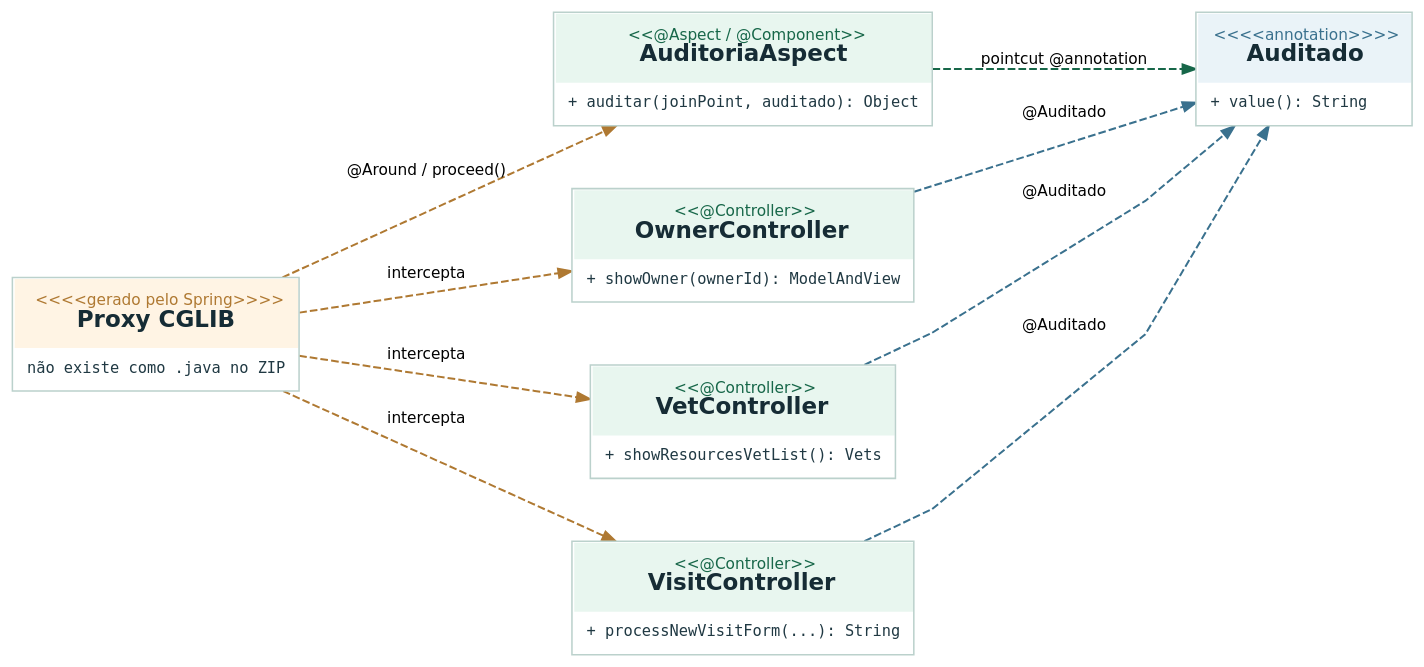
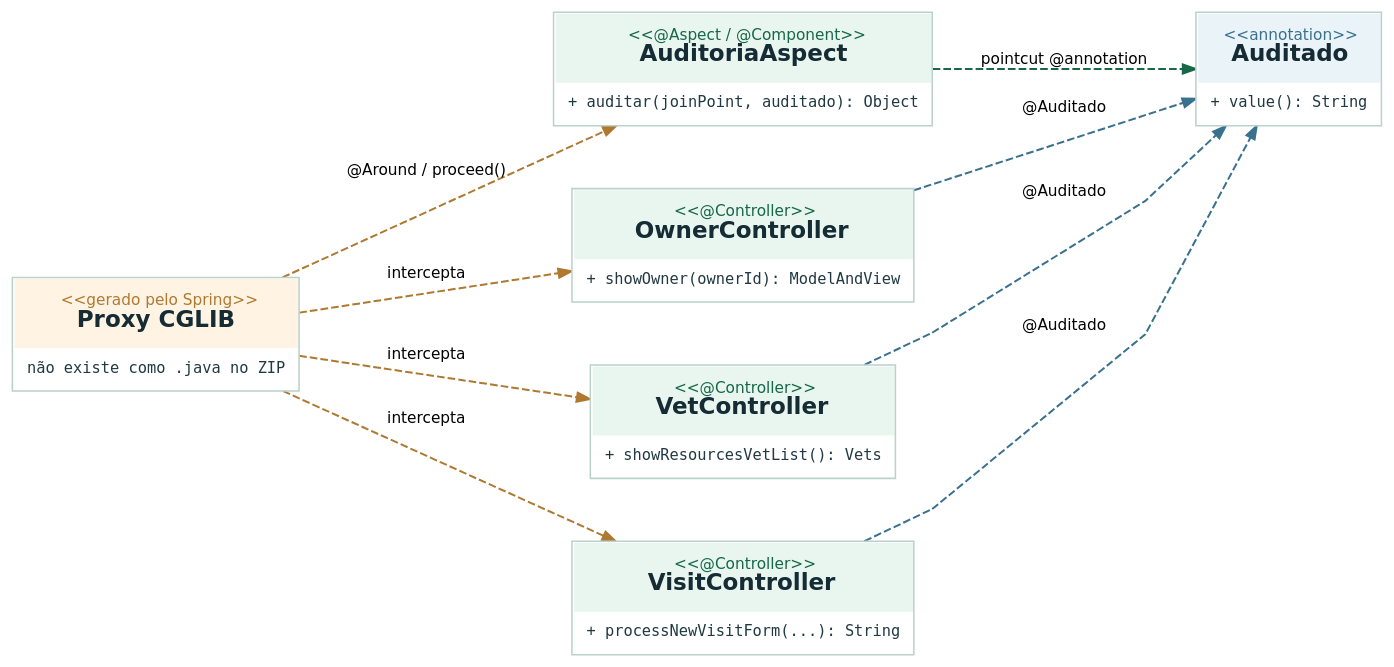
Before and after one commit to GabrielKayran/spring-petclinic: the diagram in docs/uml/dot/07_classes_aop.dot, drawn with Graphviz. The commit also changed 24 other files, not shown here.

First line of the commit message:
UML: diagrama de produção (Render + Neon) e correções nos diagramas

```diff
--- a/docs/uml/dot/07_classes_aop.dot
+++ b/docs/uml/dot/07_classes_aop.dot
@@ -1,20 +1,20 @@
 digraph G {
   graph [rankdir=LR, bgcolor="transparent", pad="0.32", nodesep=.57, ranksep=.92, splines=polyline, outputorder=edgesfirst, fontname="DejaVu Sans", fontsize=12];
   node [shape=plain, fontname="DejaVu Sans"];
   edge [color="#5C7280", fontname="DejaVu Sans", fontsize=10, arrowsize=.85, penwidth=1.3];
-  Ann [label=<<TABLE BORDER="1" CELLBORDER="0" CELLSPACING="0" CELLPADDING="1" COLOR="#BBD1CC" BGCOLOR="#FFFFFF"><TR><TD BGCOLOR="#EAF3F8" CELLPADDING="10" ALIGN="CENTER"><FONT FACE="DejaVu Sans" COLOR="#3A718E" POINT-SIZE="10">&lt;&lt;&lt;&lt;annotation&gt;&gt;&gt;&gt;</FONT><BR/><FONT FACE="DejaVu Sans" COLOR="#162C35" POINT-SIZE="15"><B>Auditado</B></FONT></TD></TR><TR><TD ALIGN="LEFT" CELLPADDING="8"><FONT FACE="DejaVu Sans Mono" POINT-SIZE="10" COLOR="#203943">+ value(): String</FONT></TD></TR></TABLE>>];
+  Ann [label=<<TABLE BORDER="1" CELLBORDER="0" CELLSPACING="0" CELLPADDING="1" COLOR="#BBD1CC" BGCOLOR="#FFFFFF"><TR><TD BGCOLOR="#EAF3F8" CELLPADDING="10" ALIGN="CENTER"><FONT FACE="DejaVu Sans" COLOR="#3A718E" POINT-SIZE="10">&lt;&lt;annotation&gt;&gt;</FONT><BR/><FONT FACE="DejaVu Sans" COLOR="#162C35" POINT-SIZE="15"><B>Auditado</B></FONT></TD></TR><TR><TD ALIGN="LEFT" CELLPADDING="8"><FONT FACE="DejaVu Sans Mono" POINT-SIZE="10" COLOR="#203943">+ value(): String</FONT></TD></TR></TABLE>>];
   Asp [label=<<TABLE BORDER="1" CELLBORDER="0" CELLSPACING="0" CELLPADDING="1" COLOR="#BBD1CC" BGCOLOR="#FFFFFF"><TR><TD BGCOLOR="#E8F6EF" CELLPADDING="10" ALIGN="CENTER"><FONT FACE="DejaVu Sans" COLOR="#176749" POINT-SIZE="10">&lt;&lt;@Aspect / @Component&gt;&gt;</FONT><BR/><FONT FACE="DejaVu Sans" COLOR="#162C35" POINT-SIZE="15"><B>AuditoriaAspect</B></FONT></TD></TR><TR><TD ALIGN="LEFT" CELLPADDING="8"><FONT FACE="DejaVu Sans Mono" POINT-SIZE="10" COLOR="#203943">+ auditar(joinPoint, auditado): Object</FONT></TD></TR></TABLE>>];
   OwnerC [label=<<TABLE BORDER="1" CELLBORDER="0" CELLSPACING="0" CELLPADDING="1" COLOR="#BBD1CC" BGCOLOR="#FFFFFF"><TR><TD BGCOLOR="#E8F6EF" CELLPADDING="10" ALIGN="CENTER"><FONT FACE="DejaVu Sans" COLOR="#176749" POINT-SIZE="10">&lt;&lt;@Controller&gt;&gt;</FONT><BR/><FONT FACE="DejaVu Sans" COLOR="#162C35" POINT-SIZE="15"><B>OwnerController</B></FONT></TD></TR><TR><TD ALIGN="LEFT" CELLPADDING="8"><FONT FACE="DejaVu Sans Mono" POINT-SIZE="10" COLOR="#203943">+ showOwner(ownerId): ModelAndView</FONT></TD></TR></TABLE>>];
   VetC [label=<<TABLE BORDER="1" CELLBORDER="0" CELLSPACING="0" CELLPADDING="1" COLOR="#BBD1CC" BGCOLOR="#FFFFFF"><TR><TD BGCOLOR="#E8F6EF" CELLPADDING="10" ALIGN="CENTER"><FONT FACE="DejaVu Sans" COLOR="#176749" POINT-SIZE="10">&lt;&lt;@Controller&gt;&gt;</FONT><BR/><FONT FACE="DejaVu Sans" COLOR="#162C35" POINT-SIZE="15"><B>VetController</B></FONT></TD></TR><TR><TD ALIGN="LEFT" CELLPADDING="8"><FONT FACE="DejaVu Sans Mono" POINT-SIZE="10" COLOR="#203943">+ showResourcesVetList(): Vets</FONT></TD></TR></TABLE>>];
   VisitC [label=<<TABLE BORDER="1" CELLBORDER="0" CELLSPACING="0" CELLPADDING="1" COLOR="#BBD1CC" BGCOLOR="#FFFFFF"><TR><TD BGCOLOR="#E8F6EF" CELLPADDING="10" ALIGN="CENTER"><FONT FACE="DejaVu Sans" COLOR="#176749" POINT-SIZE="10">&lt;&lt;@Controller&gt;&gt;</FONT><BR/><FONT FACE="DejaVu Sans" COLOR="#162C35" POINT-SIZE="15"><B>VisitController</B></FONT></TD></TR><TR><TD ALIGN="LEFT" CELLPADDING="8"><FONT FACE="DejaVu Sans Mono" POINT-SIZE="10" COLOR="#203943">+ processNewVisitForm(...): String</FONT></TD></TR></TABLE>>];
-  Proxy [label=<<TABLE BORDER="1" CELLBORDER="0" CELLSPACING="0" CELLPADDING="1" COLOR="#BBD1CC" BGCOLOR="#FFFFFF"><TR><TD BGCOLOR="#FFF4E4" CELLPADDING="10" ALIGN="CENTER"><FONT FACE="DejaVu Sans" COLOR="#AF7932" POINT-SIZE="10">&lt;&lt;&lt;&lt;gerado pelo Spring&gt;&gt;&gt;&gt;</FONT><BR/><FONT FACE="DejaVu Sans" COLOR="#162C35" POINT-SIZE="15"><B>Proxy CGLIB</B></FONT></TD></TR><TR><TD ALIGN="LEFT" CELLPADDING="8"><FONT FACE="DejaVu Sans Mono" POINT-SIZE="10" COLOR="#203943">não existe como .java no ZIP</FONT></TD></TR></TABLE>>];
+  Proxy [label=<<TABLE BORDER="1" CELLBORDER="0" CELLSPACING="0" CELLPADDING="1" COLOR="#BBD1CC" BGCOLOR="#FFFFFF"><TR><TD BGCOLOR="#FFF4E4" CELLPADDING="10" ALIGN="CENTER"><FONT FACE="DejaVu Sans" COLOR="#AF7932" POINT-SIZE="10">&lt;&lt;gerado pelo Spring&gt;&gt;</FONT><BR/><FONT FACE="DejaVu Sans" COLOR="#162C35" POINT-SIZE="15"><B>Proxy CGLIB</B></FONT></TD></TR><TR><TD ALIGN="LEFT" CELLPADDING="8"><FONT FACE="DejaVu Sans Mono" POINT-SIZE="10" COLOR="#203943">não existe como .java no ZIP</FONT></TD></TR></TABLE>>];
   {rank=same; OwnerC; VetC; VisitC;}
   Asp -> Ann [label="pointcut @annotation", style=dashed, color="#176749"];
   OwnerC -> Ann [label="@Auditado", color="#3A718E", style=dashed, constraint=false];
   Proxy -> OwnerC [label="intercepta", color="#AF7932",style=dashed];
   VetC -> Ann [label="@Auditado", color="#3A718E", style=dashed, constraint=false];
   Proxy -> VetC [label="intercepta", color="#AF7932",style=dashed];
   VisitC -> Ann [label="@Auditado", color="#3A718E", style=dashed, constraint=false];
   Proxy -> VisitC [label="intercepta", color="#AF7932",style=dashed];
   Proxy -> Asp [label="@Around / proceed()",color="#AF7932",style=dashed];
 }
```
